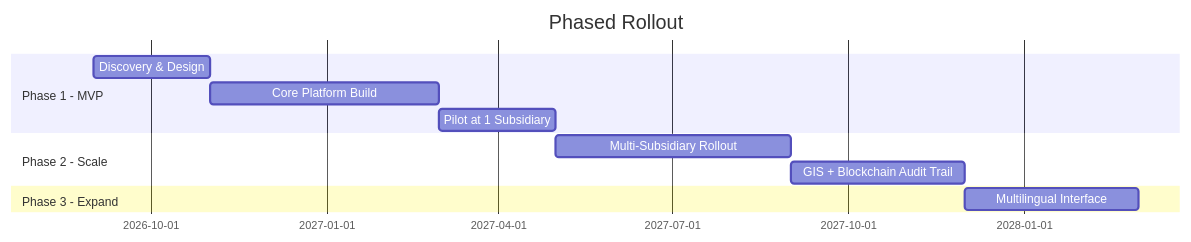
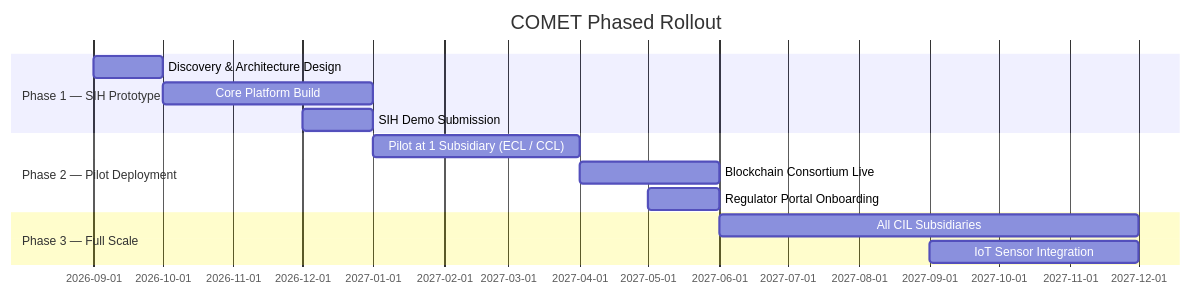
One commit to Coalmast/SIH2k26-1 changed the eighth of 8 diagrams in docs/Product Brief.md. Above: the diagram before and after it, drawn with Mermaid. The commit also changed other lines of this file and 25 other files, not shown here.

````diff
--- a/docs/Product Brief.md
+++ b/docs/Product Brief.md
@@ -391,14 +371,16 @@
 ```mermaid
 gantt
-    title Phased Rollout
+    title COMET Phased Rollout
     dateFormat  YYYY-MM
-    section Phase 1 - MVP
-    Discovery & Design           :2026-09, 2M
-    Core Platform Build          :2026-11, 4M
-    Pilot at 1 Subsidiary        :2027-03, 2M
-    section Phase 2 - Scale
-    Multi-Subsidiary Rollout     :2027-05, 4M
-    GIS + Blockchain Audit Trail :2027-09, 3M
-    section Phase 3 - Expand
-    Multilingual Interface       :2027-12, 3M
+    section Phase 1 — SIH Prototype
+    Discovery & Architecture Design    :2026-09, 1M
+    Core Platform Build                :2026-10, 3M
+    SIH Demo Submission                :2026-12, 1M
+    section Phase 2 — Pilot Deployment
+    Pilot at 1 Subsidiary (ECL / CCL)  :2027-01, 3M
+    Blockchain Consortium Live         :2027-04, 2M
+    Regulator Portal Onboarding        :2027-05, 1M
+    section Phase 3 — Full Scale
+    All CIL Subsidiaries               :2027-06, 6M
+    IoT Sensor Integration             :2027-09, 3M
 ```
````
